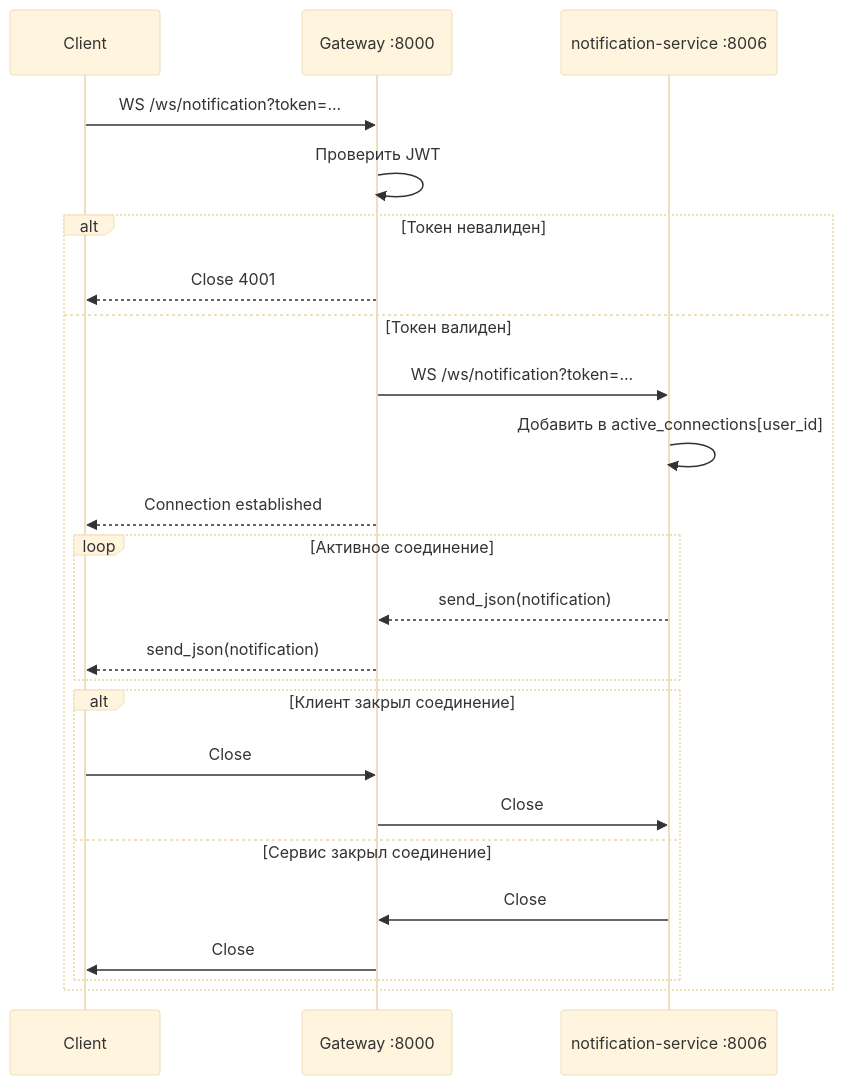
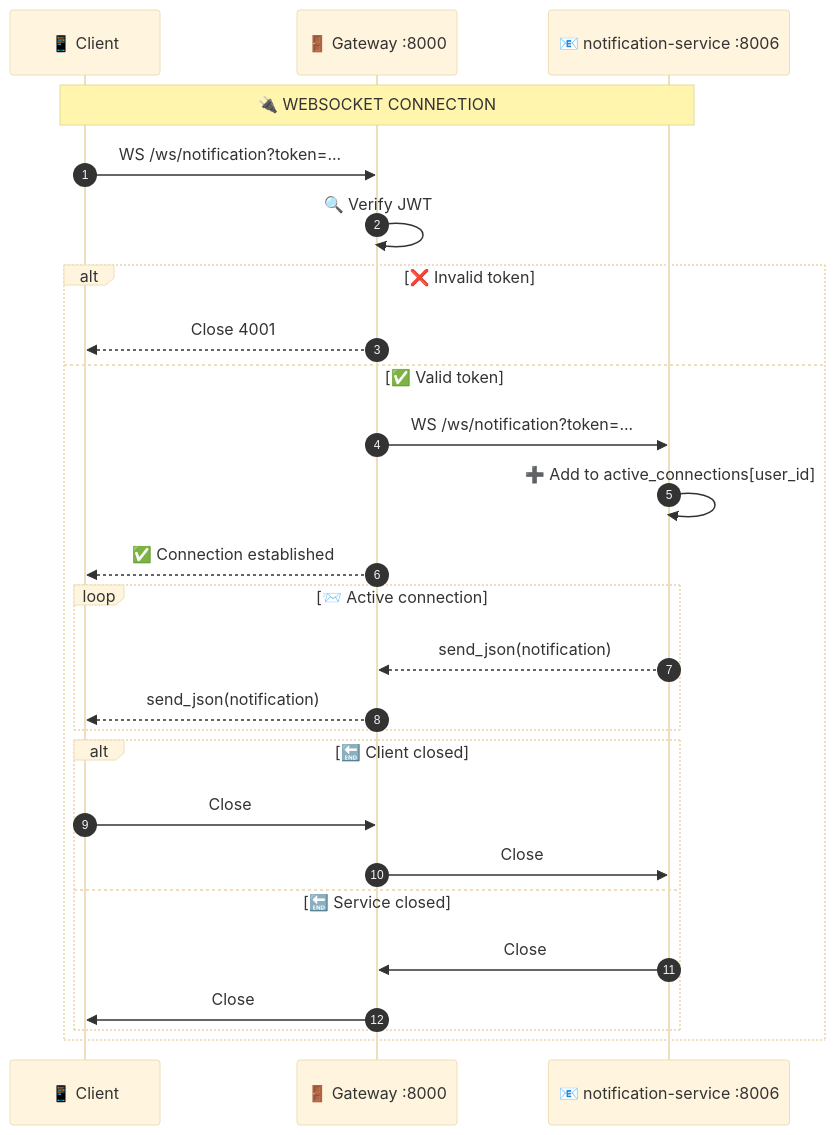
One commit to Alekcey5977/smart-budget-backend changed the diagram in docs/api/websocket.md. Above: the diagram before and after it, drawn with Mermaid (base theme). The commit also changed 10 other files, not shown here.

````diff
--- a/docs/api/websocket.md
+++ b/docs/api/websocket.md
@@ -27,29 +27,32 @@
 ```mermaid
 sequenceDiagram
-    participant Client
-    participant GW as Gateway :8000
-    participant NS as notification-service :8006
+    autonumber
+    participant Client as 📱 Client
+    participant GW as 🚪 Gateway :8000
+    participant NS as 📧 notification-service :8006
 
+    Note over Client,NS: 🔌 WEBSOCKET CONNECTION
     Client->>GW: WS /ws/notification?token=...
-    GW->>GW: Проверить JWT
-    alt Токен невалиден
+    GW->>GW: 🔍 Verify JWT
+    
+    alt ❌ Invalid token
         GW-->>Client: Close 4001
-    else Токен валиден
+    else ✅ Valid token
         GW->>NS: WS /ws/notification?token=...
-        NS->>NS: Добавить в active_connections[user_id]
-        GW-->>Client: Connection established
+        NS->>NS: ➕ Add to active_connections[user_id]
+        GW-->>Client: ✅ Connection established
 
-        loop Активное соединение
+        loop 📨 Active connection
             NS-->>GW: send_json(notification)
             GW-->>Client: send_json(notification)
         end
 
-        alt Клиент закрыл соединение
+        alt 🔚 Client closed
             Client->>GW: Close
             GW->>NS: Close
-        else Сервис закрыл соединение
+        else 🔚 Service closed
             NS->>GW: Close
             GW->>Client: Close
         end
     end
 ```
````
